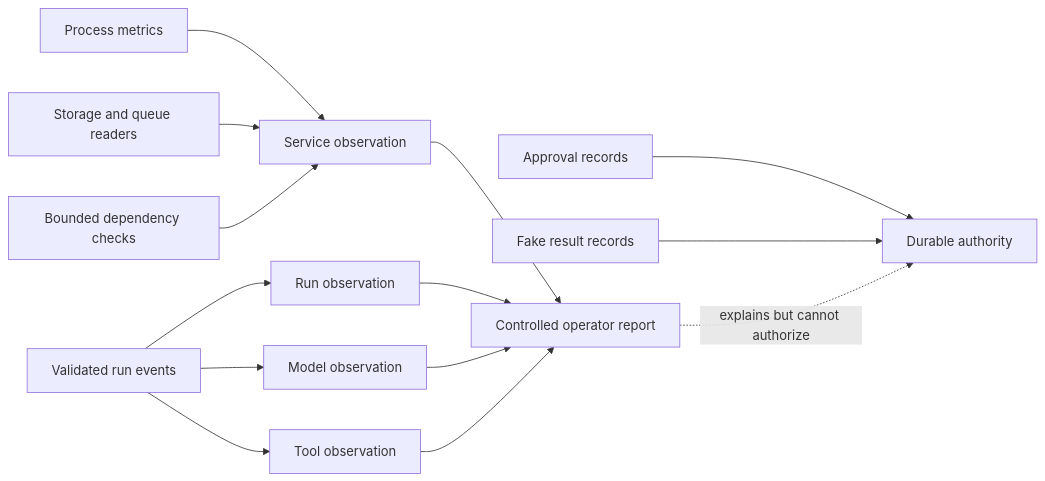
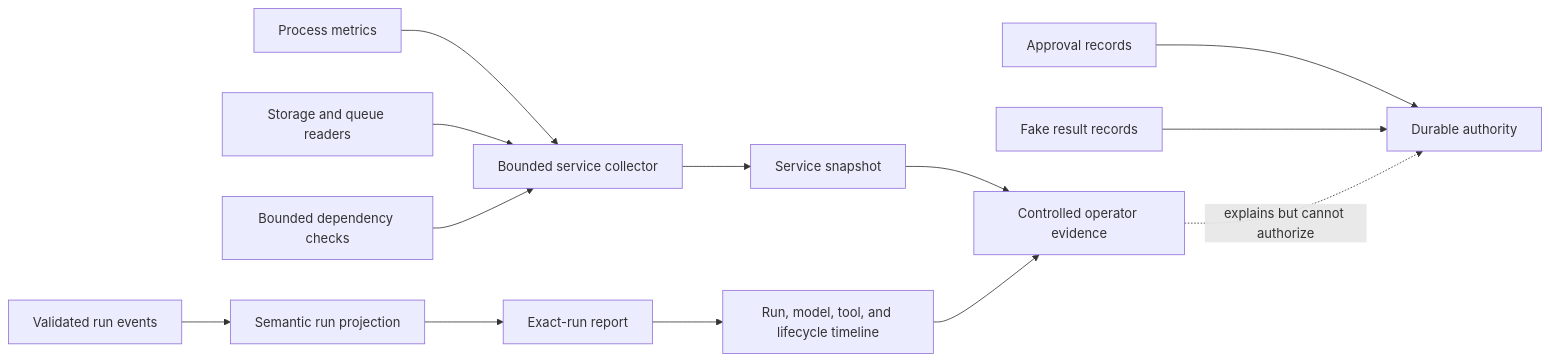
Before and after one commit to moshehbenavraham/production-agent-workshop: the first of 3 diagrams in docs/build-log-week4.md, drawn with Mermaid. The commit also changed other lines of this file and 5 other files, not shown here.

````diff
--- a/docs/build-log-week4.md
+++ b/docs/build-log-week4.md
@@ -29,16 +31,15 @@
 ```mermaid
 flowchart LR
-  Process[Process metrics] --> Service[Service observation]
-  Storage[Storage and queue readers] --> Service
-  Dependencies[Bounded dependency checks] --> Service
-  Events[Validated run events] --> Run[Run observation]
-  Events --> Model[Model observation]
-  Events --> Tool[Tool observation]
-  Service --> Report[Controlled operator report]
-  Run --> Report
-  Model --> Report
-  Tool --> Report
+  Process[Process metrics] --> Collector[Bounded service collector]
+  Storage[Storage and queue readers] --> Collector
+  Dependencies[Bounded dependency checks] --> Collector
+  Collector --> Service[Service snapshot]
+  Events[Validated run events] --> Projection[Semantic run projection]
+  Projection --> Report[Exact-run report]
+  Report --> Timeline[Run, model, tool, and lifecycle timeline]
+  Service --> View[Controlled operator evidence]
+  Timeline --> View
   Approval[Approval records] --> Authority[Durable authority]
   Results[Fake result records] --> Authority
-  Report -. explains but cannot authorize .-> Authority
+  View -. explains but cannot authorize .-> Authority
 ```
````
